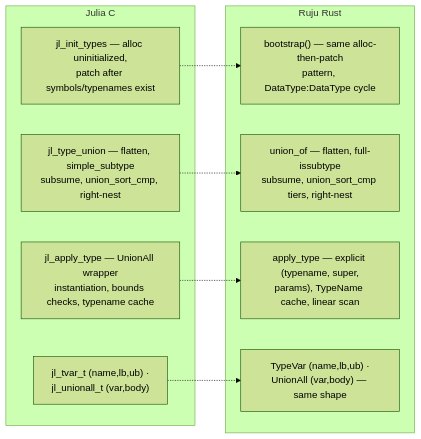
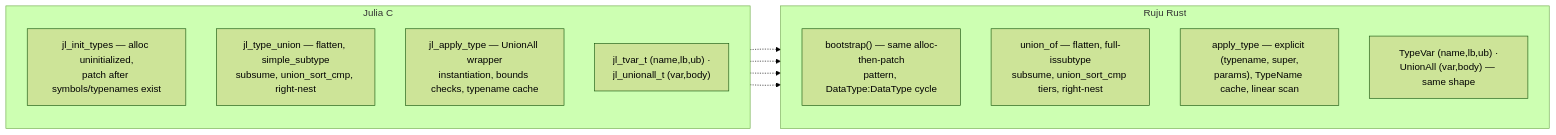
One commit to andy-emerson/Ruju changed the fourth of 8 diagrams in design/implementation.md. Above: the diagram before and after it, drawn with Mermaid (forest theme). The commit also changed other lines of this file and 2 other files, not shown here.

First line of the commit message:
design: Reframe frontier flexibility; trim redundancy; side-by-side diagrams

````diff
--- a/design/implementation.md
+++ b/design/implementation.md
@@ -207,19 +209,21 @@
 ```mermaid
 flowchart LR
     subgraph C["Julia C"]
+        direction TB
         CI["jl_init_types — alloc uninitialized,<br/>patch after symbols/typenames exist"]
         CU["jl_type_union — flatten, simple_subtype<br/>subsume, union_sort_cmp, right-nest"]
         CA["jl_apply_type — UnionAll wrapper<br/>instantiation, bounds checks, typename cache"]
         CT["jl_tvar_t (name,lb,ub) ·<br/>jl_unionall_t (var,body)"]
     end
     subgraph R["Ruju Rust"]
+        direction TB
         RI["bootstrap() — same alloc-then-patch<br/>pattern, DataType:DataType cycle"]
         RU["union_of — flatten, full-issubtype<br/>subsume, union_sort_cmp tiers, right-nest"]
         RA["apply_type — explicit (typename, super,<br/>params), TypeName cache, linear scan"]
         RT["TypeVar (name,lb,ub) ·<br/>UnionAll (var,body) — same shape"]
     end
     CI -.-> RI
     CU -.-> RU
     CA -.-> RA
     CT -.-> RT
 ```
````
